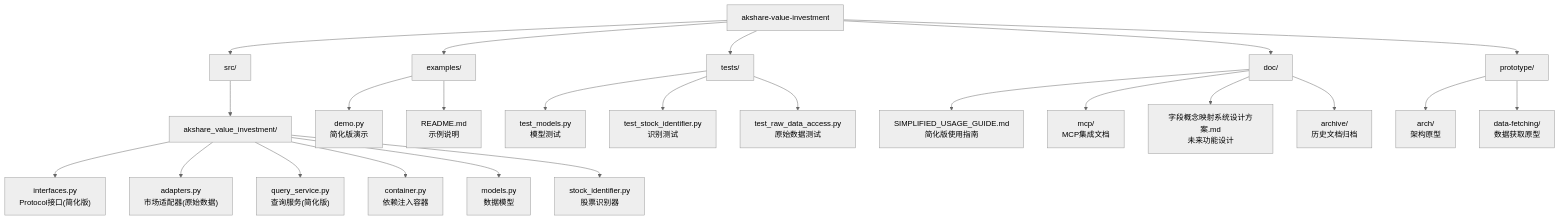
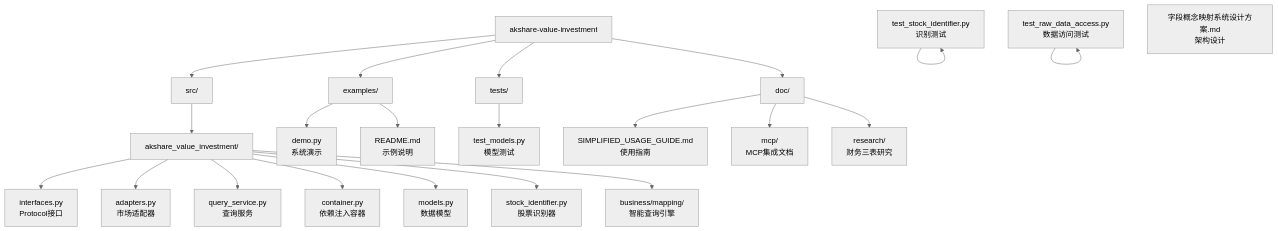
Before and after one commit to yapex/akshare-value-investment: the diagram in CLAUDE.md, drawn with Mermaid (neutral theme). The commit also changed other lines of this file and 39 other files, not shown here.

````diff
--- a/CLAUDE.md
+++ b/CLAUDE.md
@@ -31,31 +32,28 @@
 ```mermaid
 graph TD
     A["akshare-value-investment"] --> B["src/"]
     A --> C["examples/"]
     A --> D["tests/"]
     A --> E["doc/"]
-    A --> F["prototype/"]
 
     B --> B1["akshare_value_investment/"]
-    B1 --> B1a["interfaces.py<br/>Protocol接口(简化版)"]
-    B1 --> B1b["adapters.py<br/>市场适配器(原始数据)"]
-    B1 --> B1c["query_service.py<br/>查询服务(简化版)"]
+    B1 --> B1a["interfaces.py<br/>Protocol接口"]
+    B1 --> B1b["adapters.py<br/>市场适配器"]
+    B1 --> B1c["query_service.py<br/>查询服务"]
     B1 --> B1d["container.py<br/>依赖注入容器"]
     B1 --> B1e["models.py<br/>数据模型"]
     B1 --> B1f["stock_identifier.py<br/>股票识别器"]
+    B1 --> B1g["business/mapping/<br/>智能查询引擎"]
 
-    C --> C1["demo.py<br/>简化版演示"]
+    C --> C1["demo.py<br/>系统演示"]
     C --> C2["README.md<br/>示例说明"]
 
     D --> D1["test_models.py<br/>模型测试"]
-    D --> D2["test_stock_identifier.py<br/>识别测试"]
-    D --> D3["test_raw_data_access.py<br/>原始数据测试"]
+    D2 --> D2["test_stock_identifier.py<br/>识别测试"]
+    D3 --> D3["test_raw_data_access.py<br/>数据访问测试"]
 
-    E --> E1["SIMPLIFIED_USAGE_GUIDE.md<br/>简化版使用指南"]
+    E --> E1["SIMPLIFIED_USAGE_GUIDE.md<br/>使用指南"]
     E --> E2["mcp/<br/>MCP集成文档"]
-    E --> E3["字段概念映射系统设计方案.md<br/>未来功能设计"]
-    E --> E4["archive/<br/>历史文档归档"]
-
-    F --> F1["arch/<br/>架构原型"]
-    F --> F2["data-fetching/<br/>数据获取原型"]
+    E --> E3["research/<br/>财务三表研究"]
+    E4["字段概念映射系统设计方案.md<br/>架构设计"]
 ```
````
